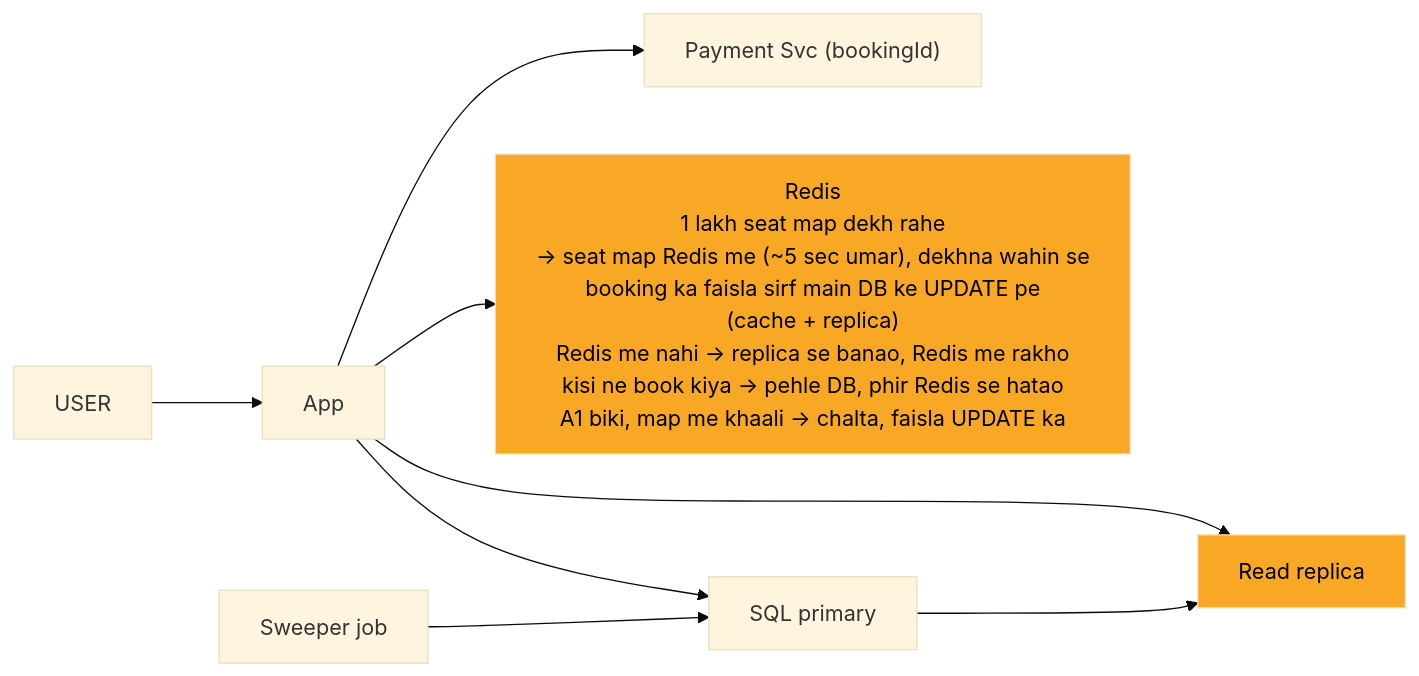
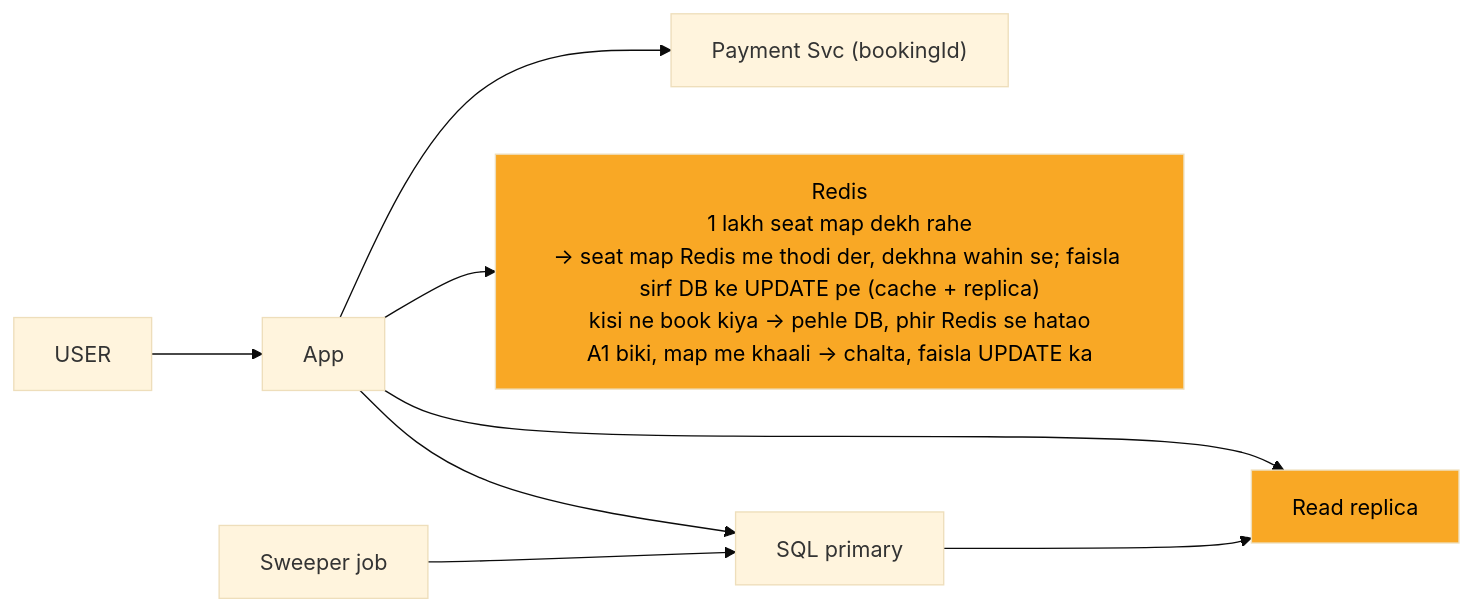
One commit to ArpanMaheshwari144/Prep changed the diagram in 04_HLD/SYSTEM_DESIGNS/09_bookmyshow/img/c4.mmd. Above: the diagram before and after it, drawn with Mermaid (base theme). The commit also changed 30 other files, not shown here.

```diff
--- a/04_HLD/SYSTEM_DESIGNS/09_bookmyshow/img/c4.mmd
+++ b/04_HLD/SYSTEM_DESIGNS/09_bookmyshow/img/c4.mmd
@@ -1,18 +1,18 @@
 %%{init: {"flowchart": {"wrappingWidth": 450}}}%%
 flowchart LR
     n_USER["USER"]
     n_App["App"]
     n_Payment_Svc["Payment Svc (bookingId)"]
-    n_Redis["Redis<br/>1 lakh seat map dekh rahe<br/>-> seat map Redis me (~5 sec umar), dekhna wahin se<br/>booking ka faisla sirf main DB ke UPDATE pe<br/>(cache + replica)<br/>Redis me nahi -> replica se banao, Redis me rakho<br/>kisi ne book kiya -> pehle DB, phir Redis se hatao<br/>A1 biki, map me khaali -> chalta, faisla UPDATE ka"]
+    n_Redis["Redis<br/>1 lakh seat map dekh rahe<br/>-> seat map Redis me thodi der, dekhna wahin se; faisla sirf DB ke UPDATE pe (cache + replica)<br/>kisi ne book kiya -> pehle DB, phir Redis se hatao<br/>A1 biki, map me khaali -> chalta, faisla UPDATE ka"]
     n_Read_replica["Read replica"]
     n_SQL_primary["SQL primary"]
     n_Sweeper_job["Sweeper job"]
     n_USER --> n_App
     n_App --> n_Payment_Svc
     n_App --> n_Redis
     n_App --> n_Read_replica
     n_App --> n_SQL_primary
     n_Sweeper_job --> n_SQL_primary
     n_SQL_primary --> n_Read_replica
     style n_Redis fill:#f9a825,color:#000
     style n_Read_replica fill:#f9a825,color:#000
```
